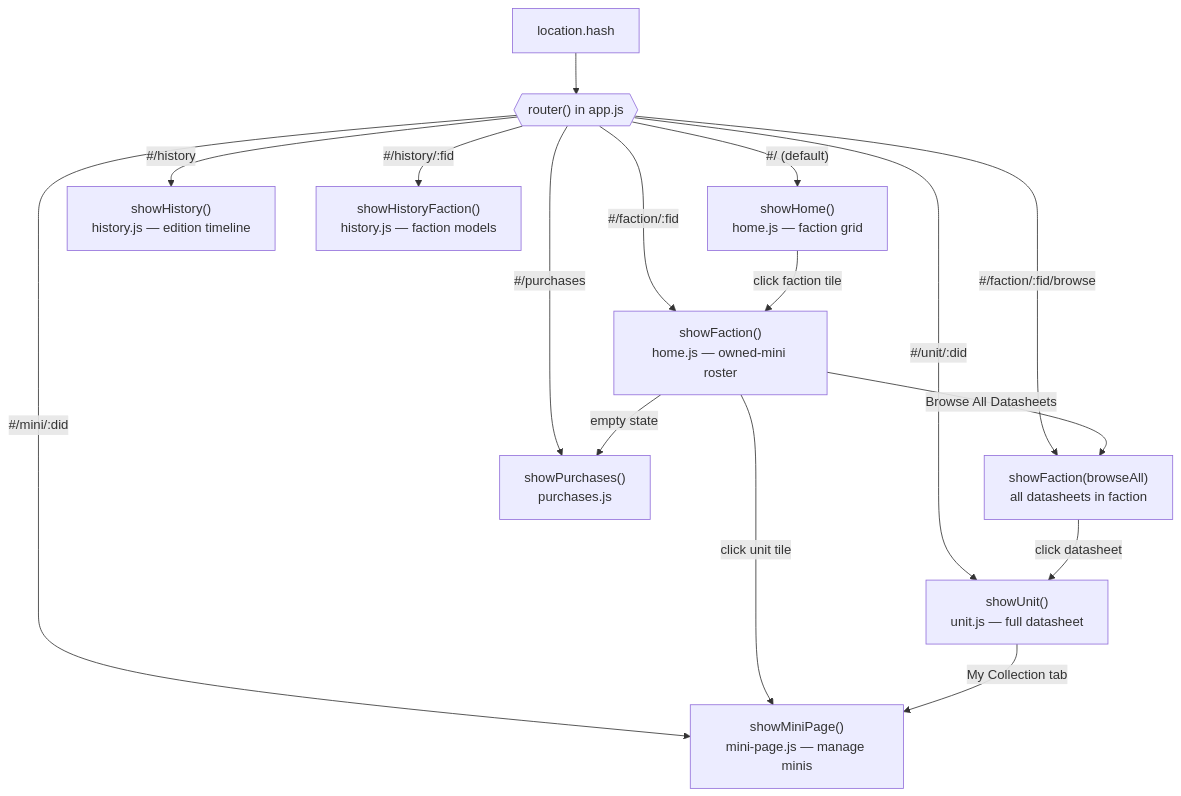
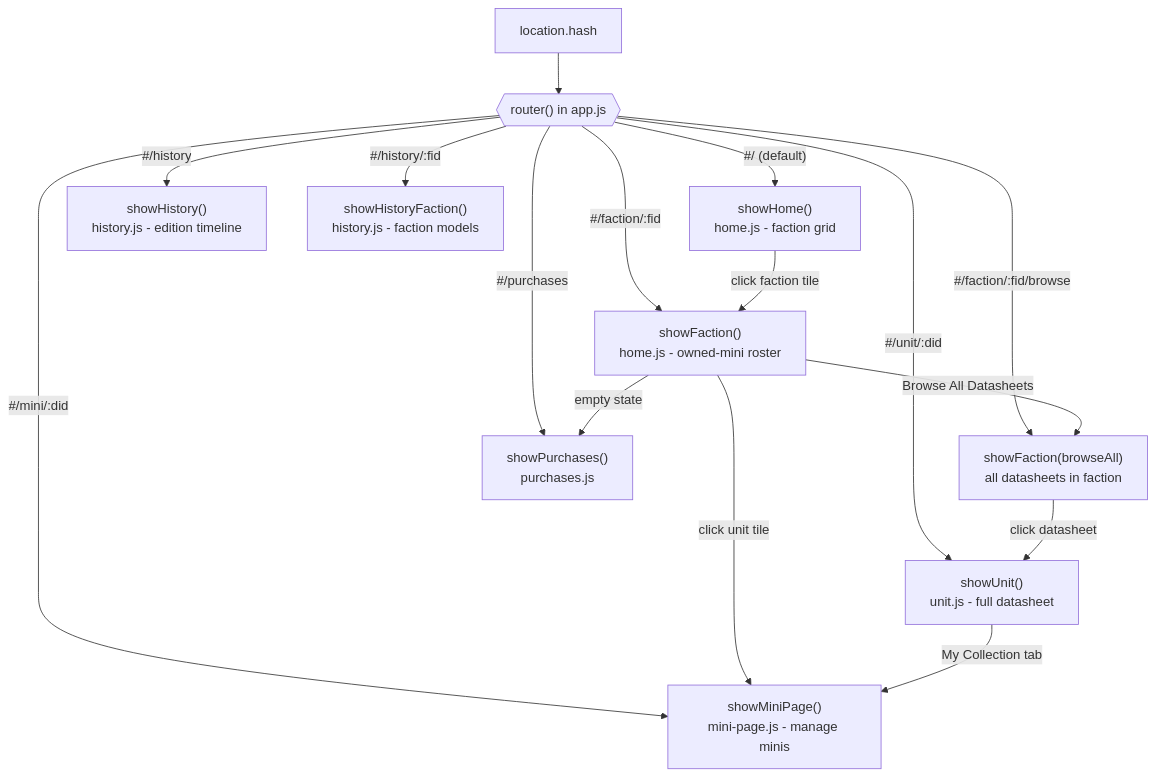
The third of 12 diagrams in CODEX_ARMORUM_APP_MAP.md (Unfunded8495/Codex-Armorum), drawn with Mermaid before and after one commit. The commit also changed other lines of this file and 44 other files, not shown here.

````diff
--- a/CODEX_ARMORUM_APP_MAP.md
+++ b/CODEX_ARMORUM_APP_MAP.md
@@ -137,19 +137,19 @@
 ```mermaid
 flowchart TD
     H["location.hash"] --> R{{"router() in app.js"}}
-    R -->|"#/ (default)"| HOME["showHome()<br/>home.js — faction grid"]
-    R -->|"#/faction/:fid"| FAC["showFaction()<br/>home.js — owned-mini roster"]
+    R -->|"#/ (default)"| HOME["showHome()<br/>home.js - faction grid"]
+    R -->|"#/faction/:fid"| FAC["showFaction()<br/>home.js - owned-mini roster"]
     R -->|"#/faction/:fid/browse"| BROWSE["showFaction(browseAll)<br/>all datasheets in faction"]
-    R -->|"#/unit/:did"| UNIT["showUnit()<br/>unit.js — full datasheet"]
-    R -->|"#/mini/:did"| MINI["showMiniPage()<br/>mini-page.js — manage minis"]
+    R -->|"#/unit/:did"| UNIT["showUnit()<br/>unit.js - full datasheet"]
+    R -->|"#/mini/:did"| MINI["showMiniPage()<br/>mini-page.js - manage minis"]
     R -->|"#/purchases"| PUR["showPurchases()<br/>purchases.js"]
-    R -->|"#/history"| HIST["showHistory()<br/>history.js — edition timeline"]
-    R -->|"#/history/:fid"| HISTF["showHistoryFaction()<br/>history.js — faction models"]
+    R -->|"#/history"| HIST["showHistory()<br/>history.js - edition timeline"]
+    R -->|"#/history/:fid"| HISTF["showHistoryFaction()<br/>history.js - faction models"]
 
     HOME -->|click faction tile| FAC
     FAC -->|click unit tile| MINI
     FAC -->|Browse All Datasheets| BROWSE
     BROWSE -->|click datasheet| UNIT
     UNIT -->|My Collection tab| MINI
     FAC -->|empty state| PUR
 ```
````
